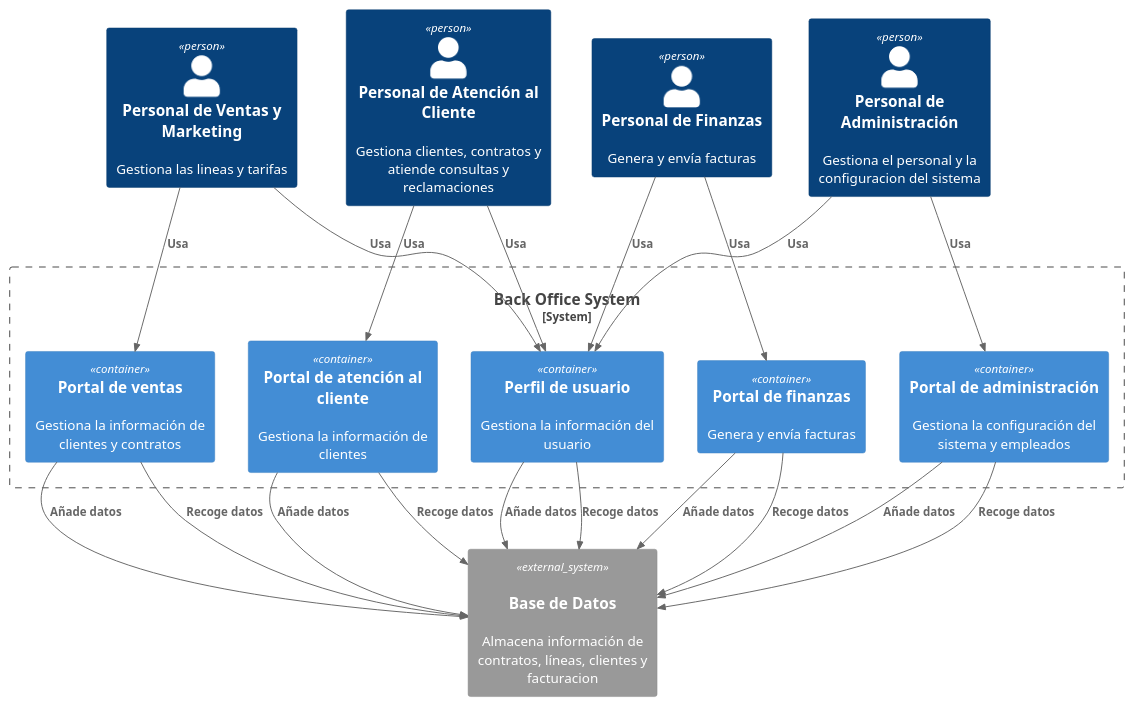
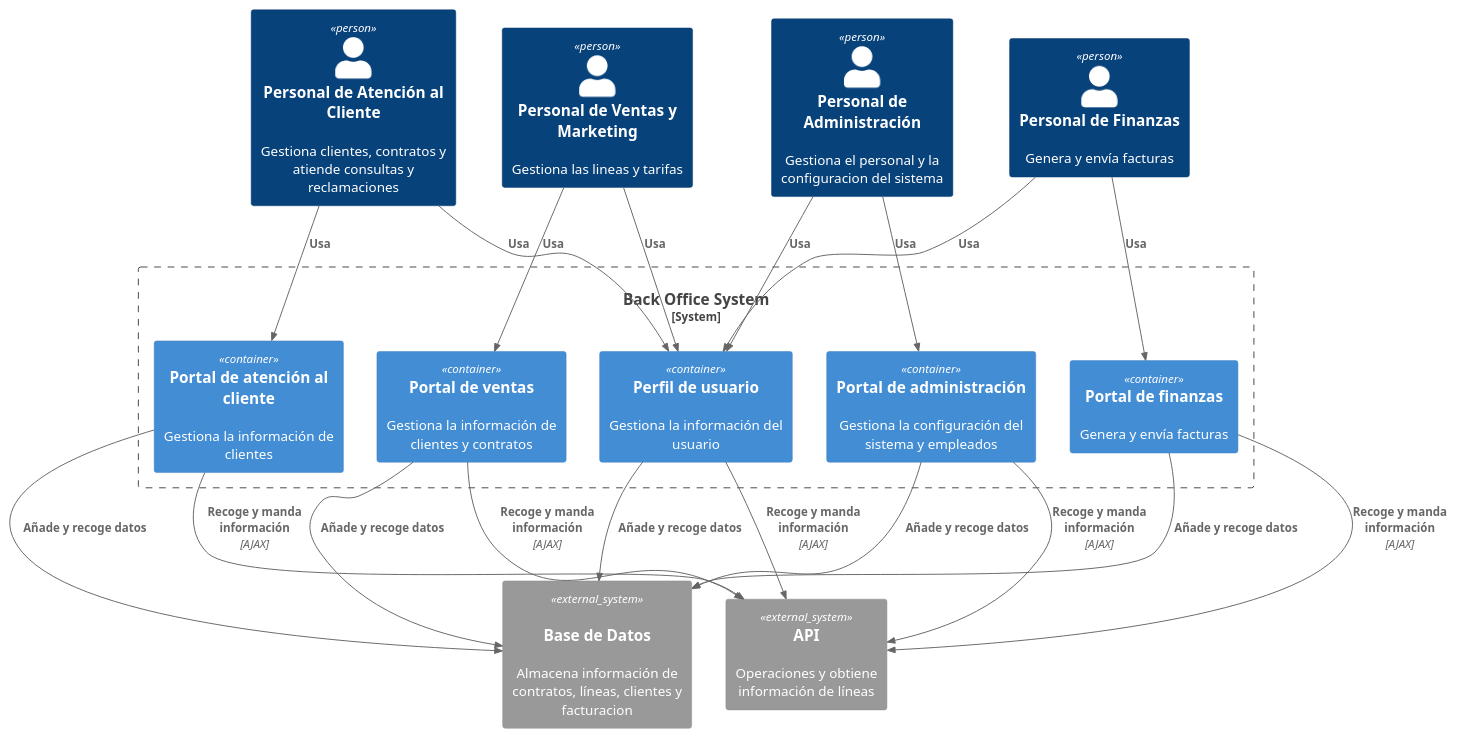
The diagram in docs/diagrams/BackOfficeContainerDiagram.puml (davidbp10/iw2023-2024-MovilUCA), drawn with PlantUML before and after one commit. The commit also changed 19 other files, not shown here.

Commit message:
Mejora de los diagramas C4

```diff
--- a/docs/diagrams/BackOfficeContainerDiagram.puml
+++ b/docs/diagrams/BackOfficeContainerDiagram.puml
@@ -1,40 +1,42 @@
 @startuml BackOfficeContainerDiagram
 !include https://raw.githubusercontent.com/plantuml-stdlib/C4-PlantUML/master/C4_Container.puml
 
 Person(ventas, "Personal de Ventas y Marketing", "Gestiona las lineas y tarifas")
 Person(atencioncliente, "Personal de Atención al Cliente", "Gestiona clientes, contratos y atiende consultas y reclamaciones")
 Person(f, "Personal de Finanzas", "Genera y envía facturas")
 Person(admin, "Personal de Administración", "Gestiona el personal y la configuracion del sistema")
 
 System_Boundary(backOffice, "Back Office System") {
     Container(pv, "Portal de ventas", , "Gestiona la información de clientes y contratos")
     Container(pac, "Portal de atención al cliente", ,"Gestiona la información de clientes")
     Container(pf, "Portal de finanzas", , "Genera y envía facturas")
     Container(padmin, "Portal de administración", ,"Gestiona la configuración del sistema y empleados")
     Container(pusu, "Perfil de usuario", ,"Gestiona la información del usuario")
 }
 
 System_Ext(bd, "Base de Datos","Almacena información de contratos, líneas, clientes y facturacion", "MySQL")
+System_Ext(api, "API", "Operaciones y obtiene información de líneas")
 
 
 Rel(ventas, pv, "Usa" )
 Rel(atencioncliente, pac, "Usa") 
 Rel(f, pf, "Usa" )
 Rel(admin, padmin, "Usa" )
 Rel(ventas, pusu, "Usa")
 Rel(atencioncliente, pusu, "Usa") 
 Rel(f, pusu, "Usa")
 Rel(admin, pusu, "Usa")
 
-Rel(pv, bd, "Añade datos")
-Rel(pv, bd, "Recoge datos")
-Rel(pac, bd, "Añade datos")
-Rel(pac, bd, "Recoge datos")
-Rel(pf, bd, "Añade datos")
-Rel(pf, bd, "Recoge datos")
-Rel(padmin, bd, "Añade datos")
-Rel(padmin, bd, "Recoge datos")
-Rel(pusu, bd, "Añade datos")
-Rel(pusu, bd, "Recoge datos")
+Rel(pv, api, "Recoge y manda información" ,"AJAX")
+Rel(pac, api, "Recoge y manda información" ,"AJAX")
+Rel(pf, api, "Recoge y manda información" ,"AJAX")
+Rel(padmin, api, "Recoge y manda información" ,"AJAX")
+Rel(pusu, api, "Recoge y manda información" ,"AJAX")
+
+Rel(pv, bd, "Añade y recoge datos")
+Rel(pac, bd, "Añade y recoge datos")
+Rel(pf, bd, "Añade y recoge datos")
+Rel(padmin, bd, "Añade y recoge datos")
+Rel(pusu, bd, "Añade y recoge datos")
 
 @enduml
```
